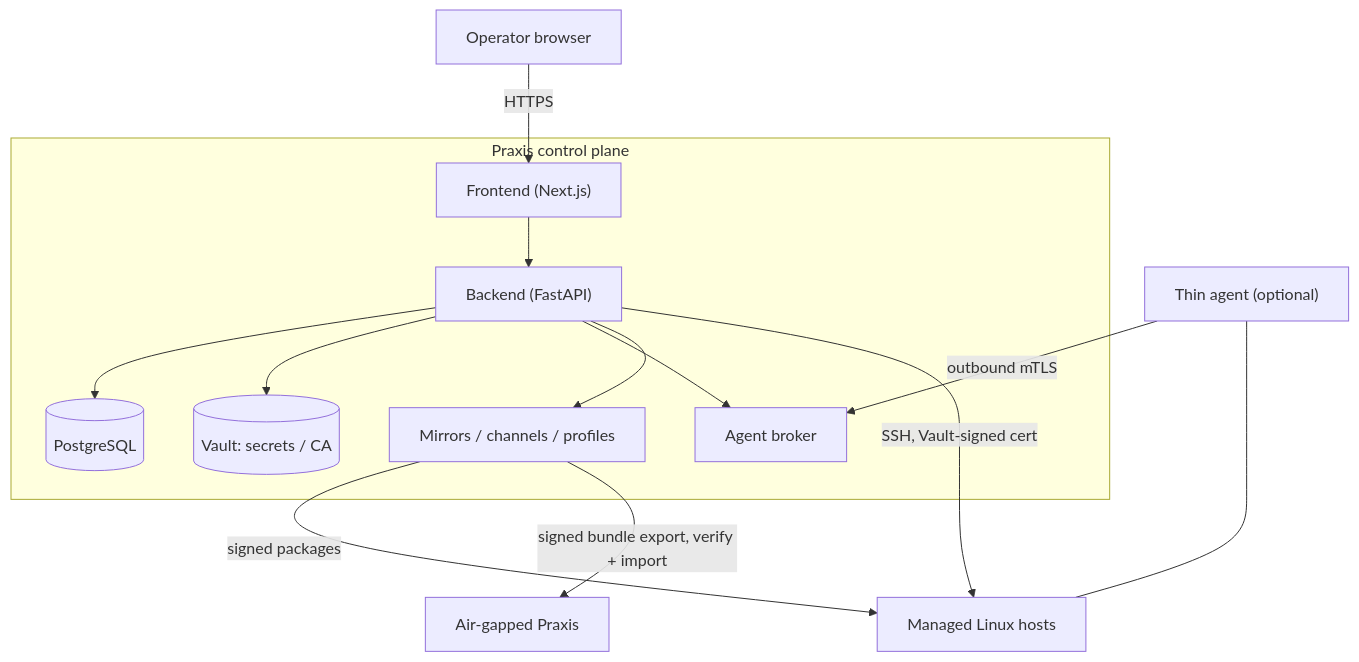
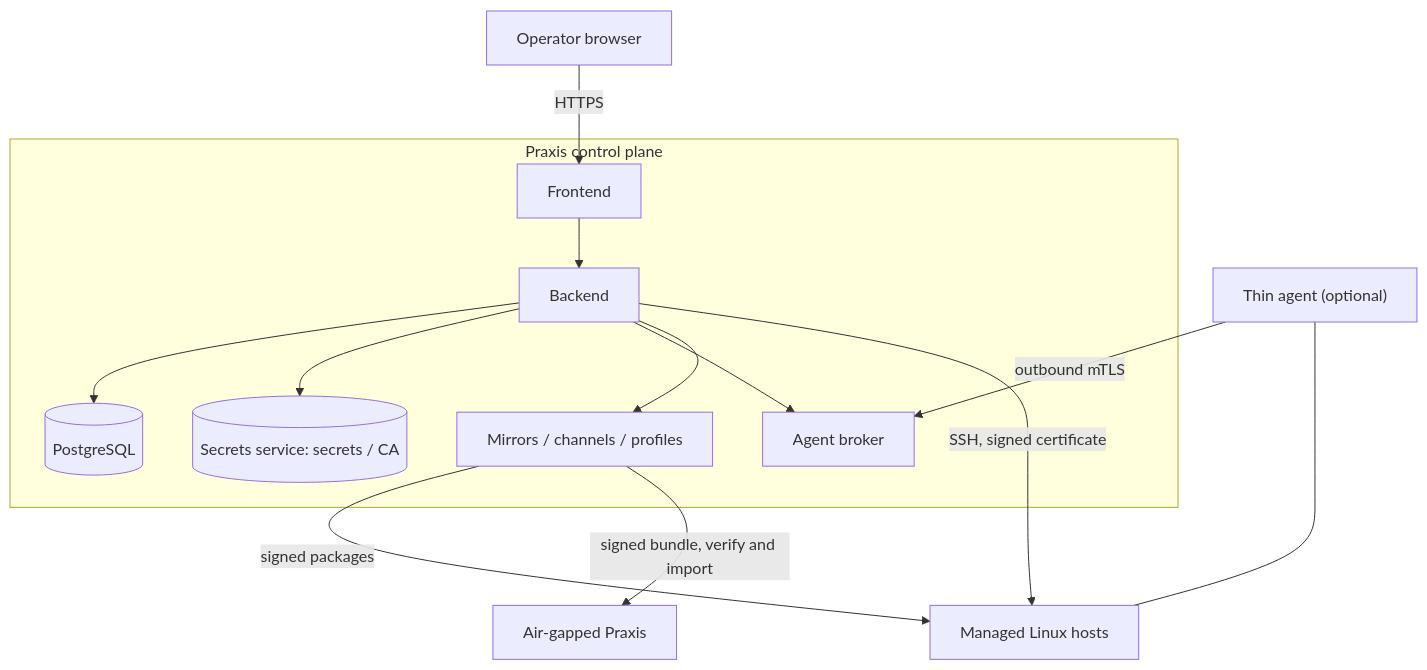
The diagram in README.md (cytechlabs/praxis), drawn with Mermaid before and after one commit. The commit also changed other lines of this file and 4 other files, not shown here.

````diff
--- a/README.md
+++ b/README.md
@@ -67,26 +170,26 @@
 ```mermaid
 flowchart TB
   browser["Operator browser"]
   subgraph control["Praxis control plane"]
-    frontend["Frontend (Next.js)"]
-    backend["Backend (FastAPI)"]
+    frontend["Frontend"]
+    backend["Backend"]
     pg[("PostgreSQL")]
-    vault[("Vault: secrets / CA")]
+    vault[("Secrets service: secrets / CA")]
     broker["Agent broker"]
     mirrors["Mirrors / channels / profiles"]
   end
   hosts["Managed Linux hosts"]
   agent["Thin agent (optional)"]
   airgapped["Air-gapped Praxis"]
 
   browser -->|HTTPS| frontend --> backend
   backend --> pg
   backend --> vault
   backend --> broker
   backend --> mirrors
-  backend -->|SSH, Vault-signed cert| hosts
+  backend -->|SSH, signed certificate| hosts
   agent -->|outbound mTLS| broker
   agent --- hosts
   mirrors -->|signed packages| hosts
-  mirrors -->|signed bundle export, verify + import| airgapped
+  mirrors -->|signed bundle, verify and import| airgapped
 ```
````
